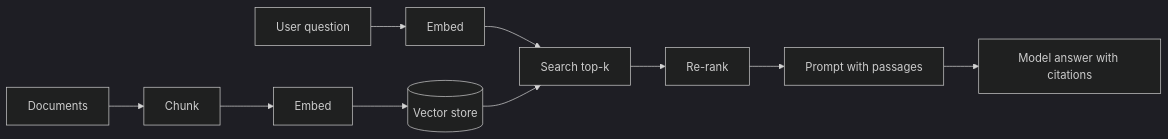
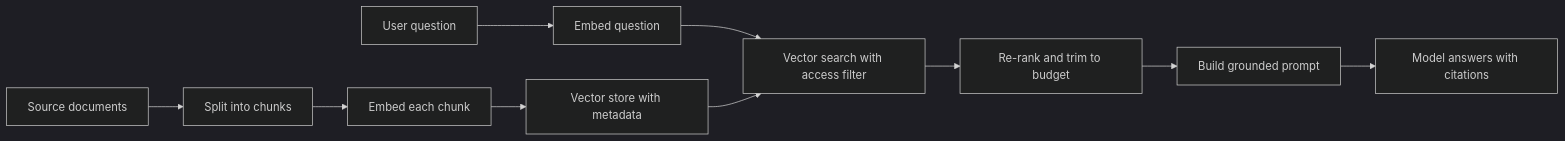
One commit to AthiraMohan14/Complete-Java-Resource-PlayBook changed the diagram in docs/learning/22-ai-integration/rag-and-vector-databases.md. Above: the diagram before and after it, drawn with Mermaid (dark theme). The commit also changed other lines of this file and 174 other files, not shown here.

````diff
--- a/docs/learning/22-ai-integration/rag-and-vector-databases.md
+++ b/docs/learning/22-ai-integration/rag-and-vector-databases.md
@@ -16,12 +25,12 @@
 ```mermaid
 flowchart LR
-    A[Documents] --> B[Chunk]
-    B --> C[Embed]
-    C --> D[(Vector store)]
-    Q[User question] --> E[Embed]
-    E --> F[Search top-k]
-    D --> F
-    F --> G[Re-rank]
-    G --> H[Prompt with passages]
-    H --> I[Model answer with citations]
+    Docs[Source documents] --> Chunk[Split into chunks]
+    Chunk --> Embed[Embed each chunk]
+    Embed --> Store[Vector store with metadata]
+    Question[User question] --> QEmbed[Embed question]
+    QEmbed --> Search[Vector search with access filter]
+    Store --> Search
+    Search --> Rerank[Re-rank and trim to budget]
+    Rerank --> Prompt[Build grounded prompt]
+    Prompt --> Model[Model answers with citations]
 ```
````
